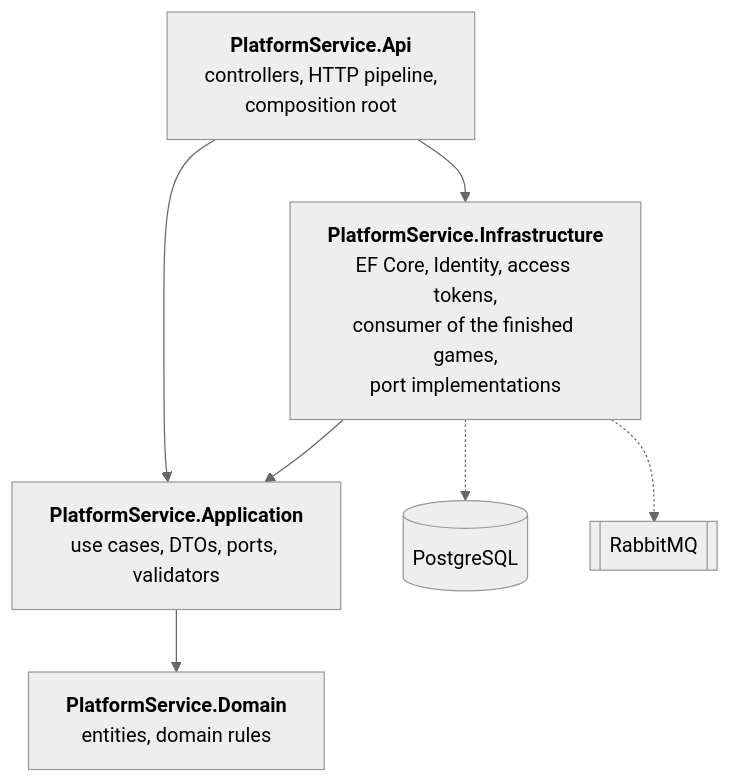
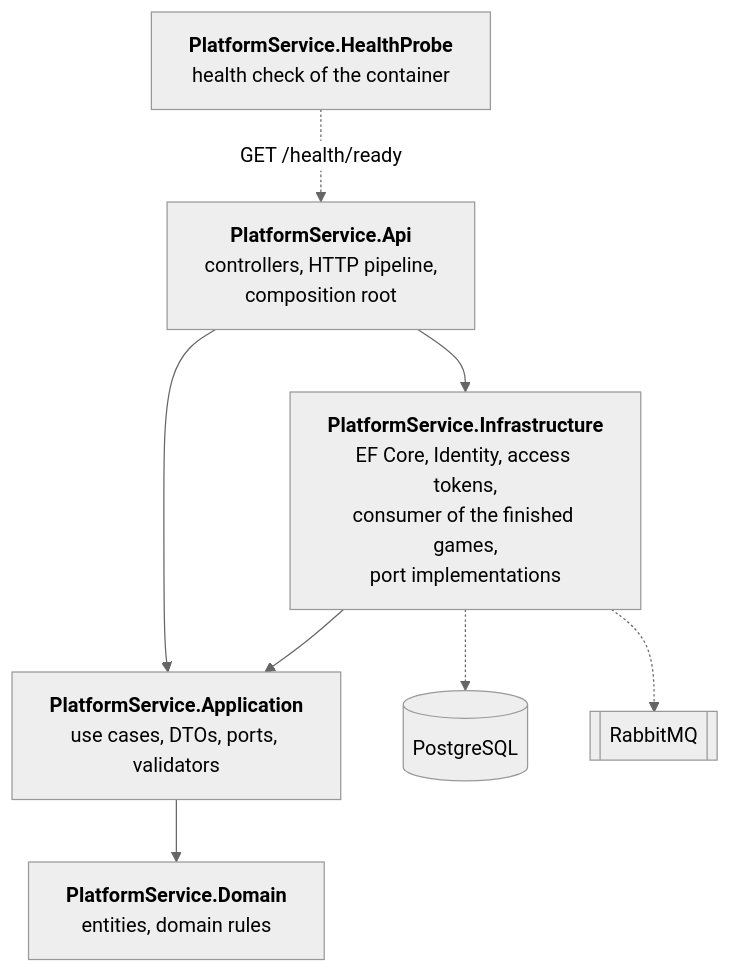
One commit to szoftarch-chess-platform/platform-service changed the first of 8 diagrams in docs/architecture.md. Above: the diagram before and after it, drawn with Mermaid (neutral theme). The commit also changed other lines of this file and 16 other files, not shown here.

First line of the commit message:
Add a health probe to the image and finish the docs for 1.0.0

````diff
--- a/docs/architecture.md
+++ b/docs/architecture.md
@@ -9,16 +9,18 @@
 ```mermaid
 flowchart TD
     Api["<b>PlatformService.Api</b><br/>controllers, HTTP pipeline,<br/>composition root"]
     App["<b>PlatformService.Application</b><br/>use cases, DTOs, ports, validators"]
     Dom["<b>PlatformService.Domain</b><br/>entities, domain rules"]
     Infra["<b>PlatformService.Infrastructure</b><br/>EF Core, Identity, access tokens,<br/>consumer of the finished games,<br/>port implementations"]
+    Probe["<b>PlatformService.HealthProbe</b><br/>health check of the container"]
     Pg[("PostgreSQL")]
     Mq[["RabbitMQ"]]
 
     Api --> App
     Api --> Infra
     Infra --> App
     App --> Dom
     Infra -.-> Pg
     Infra -.-> Mq
+    Probe -.->|"GET /health/ready"| Api
 ```
````
